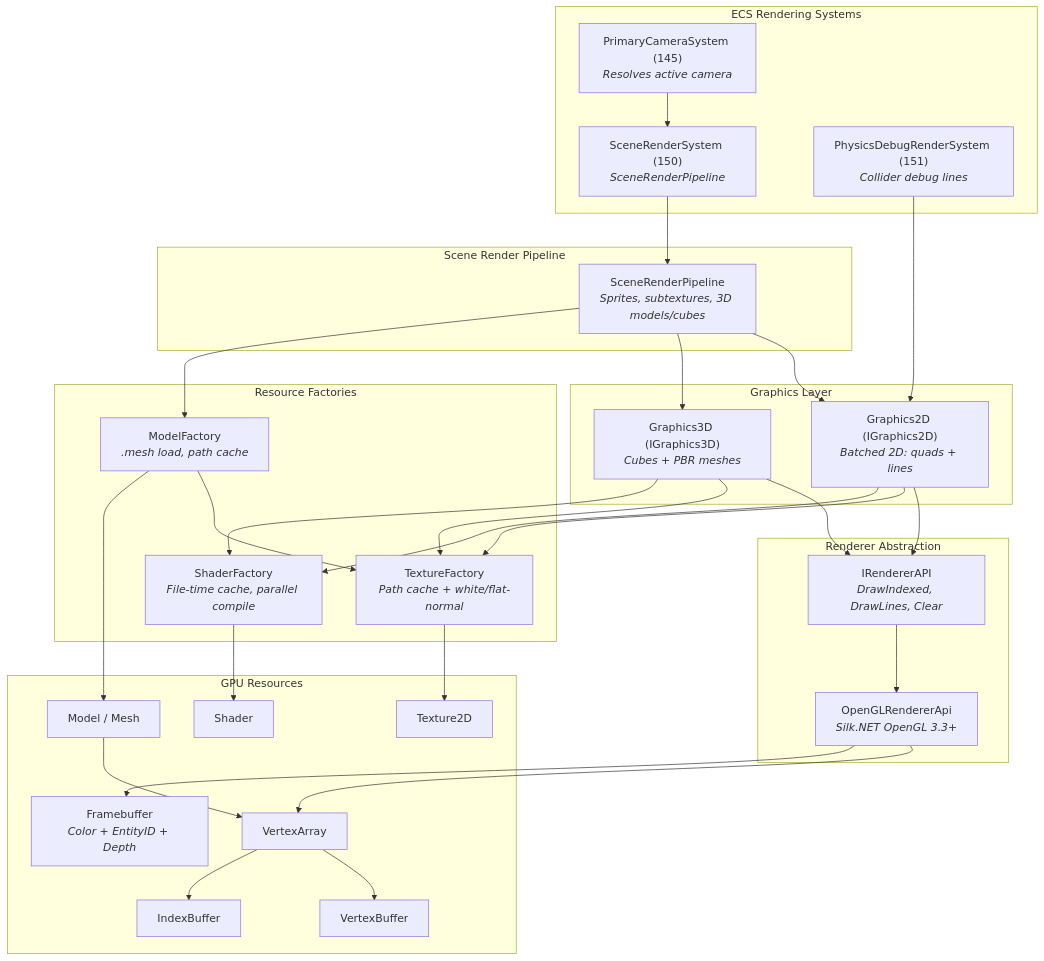
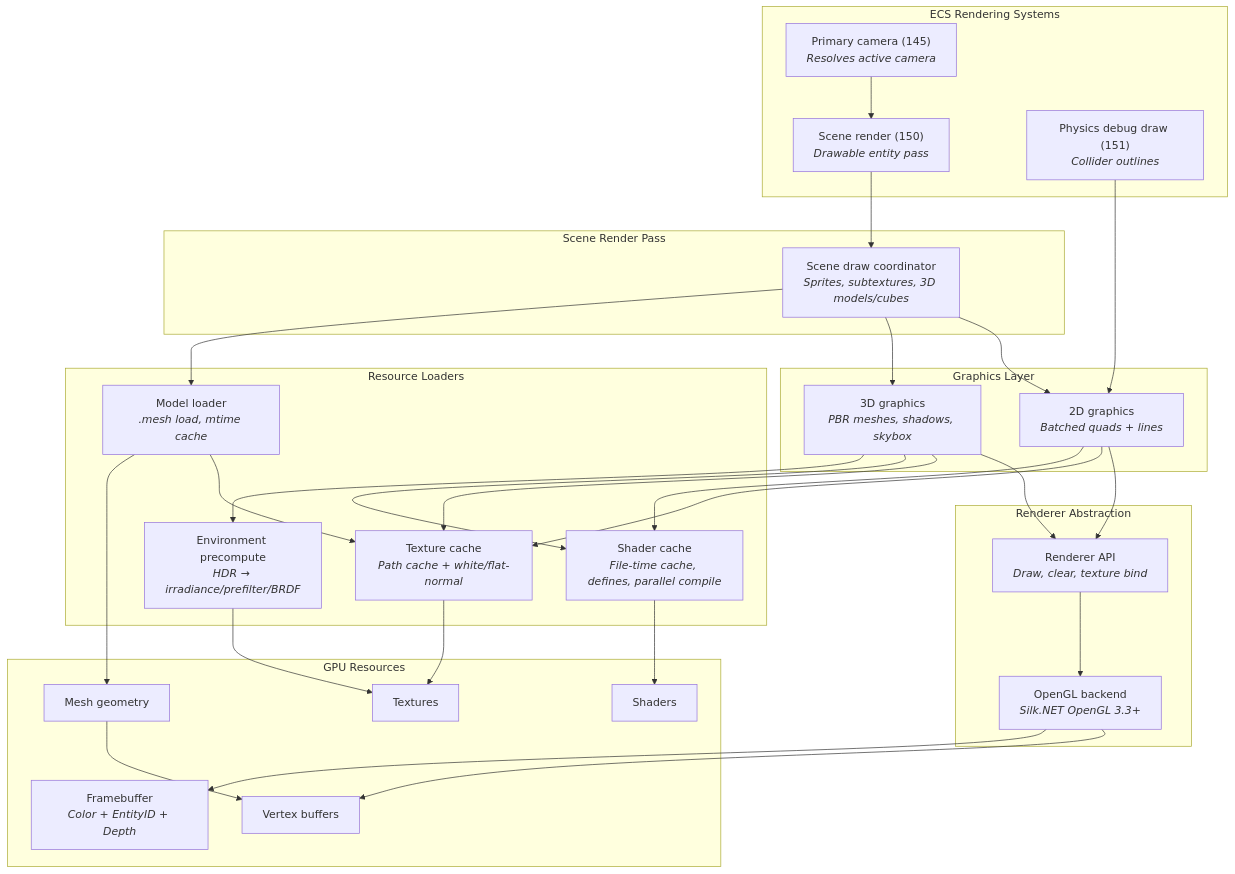
One commit to kateusz/GameEngine changed the first of 5 diagrams in docs/architecture/rendering-pipeline.md. Above: the diagram before and after it, drawn with Mermaid. The commit also changed other lines of this file and 31 other files, not shown here.

````diff
--- a/docs/architecture/rendering-pipeline.md
+++ b/docs/architecture/rendering-pipeline.md
@@ -9,61 +9,60 @@
 ```mermaid
 graph TB
     subgraph "ECS Rendering Systems"
-        PCS["PrimaryCameraSystem (145)<br/><i>Resolves active camera</i>"]
-        SRS["SceneRenderSystem (150)<br/><i>SceneRenderPipeline</i>"]
-        PDRS["PhysicsDebugRenderSystem (151)<br/><i>Collider debug lines</i>"]
+        PCS["Primary camera (145)<br/><i>Resolves active camera</i>"]
+        SRS["Scene render (150)<br/><i>Drawable entity pass</i>"]
+        PDRS["Physics debug draw (151)<br/><i>Collider outlines</i>"]
     end
 
-    subgraph "Scene Render Pipeline"
-        SRP["SceneRenderPipeline<br/><i>Sprites, subtextures, 3D models/cubes</i>"]
+    subgraph "Scene Render Pass"
+        SRP["Scene draw coordinator<br/><i>Sprites, subtextures, 3D models/cubes</i>"]
     end
 
     subgraph "Graphics Layer"
-        G2D["Graphics2D (IGraphics2D)<br/><i>Batched 2D: quads + lines</i>"]
-        G3D["Graphics3D (IGraphics3D)<br/><i>Cubes + PBR meshes</i>"]
+        G2D["2D graphics<br/><i>Batched quads + lines</i>"]
+        G3D["3D graphics<br/><i>PBR meshes, shadows, skybox</i>"]
     end
 
-    subgraph "Resource Factories"
-        TF["TextureFactory<br/><i>Path cache + white/flat-normal</i>"]
-        SF["ShaderFactory<br/><i>File-time cache, parallel compile</i>"]
-        MF["ModelFactory<br/><i>.mesh load, path cache</i>"]
+    subgraph "Resource Loaders"
+        TF["Texture cache<br/><i>Path cache + white/flat-normal</i>"]
+        SF["Shader cache<br/><i>File-time cache, defines, parallel compile</i>"]
+        MF["Model loader<br/><i>.mesh load, mtime cache</i>"]
+        EMF["Environment precompute<br/><i>HDR → irradiance/prefilter/BRDF</i>"]
     end
 
     subgraph "Renderer Abstraction"
-        API["IRendererAPI<br/><i>DrawIndexed, DrawLines, Clear</i>"]
-        OAPI["OpenGLRendererApi<br/><i>Silk.NET OpenGL 3.3+</i>"]
+        API["Renderer API<br/><i>Draw, clear, texture bind</i>"]
+        OAPI["OpenGL backend<br/><i>Silk.NET OpenGL 3.3+</i>"]
     end
 
     subgraph "GPU Resources"
-        VAO["VertexArray"]
-        VBO["VertexBuffer"]
-        IBO["IndexBuffer"]
+        VAO["Vertex buffers"]
         FB["Framebuffer<br/><i>Color + EntityID + Depth</i>"]
-        Tex["Texture2D"]
-        Shader["Shader"]
-        Model["Model / Mesh"]
+        Tex["Textures"]
+        Shader["Shaders"]
+        Model["Mesh geometry"]
     end
 
     PCS --> SRS
     SRS --> SRP
     SRP --> G2D
     SRP --> G3D
     SRP --> MF
     PDRS --> G2D
     G2D --> API
     G3D --> API
     G2D --> TF
     G2D --> SF
     G3D --> TF
     G3D --> SF
+    G3D --> EMF
     MF --> TF
     MF --> Model
+    EMF --> Tex
     API --> OAPI
     OAPI --> VAO
     OAPI --> FB
     TF --> Tex
     SF --> Shader
     Model --> VAO
-    VAO --> VBO
-    VAO --> IBO
 ```
````
